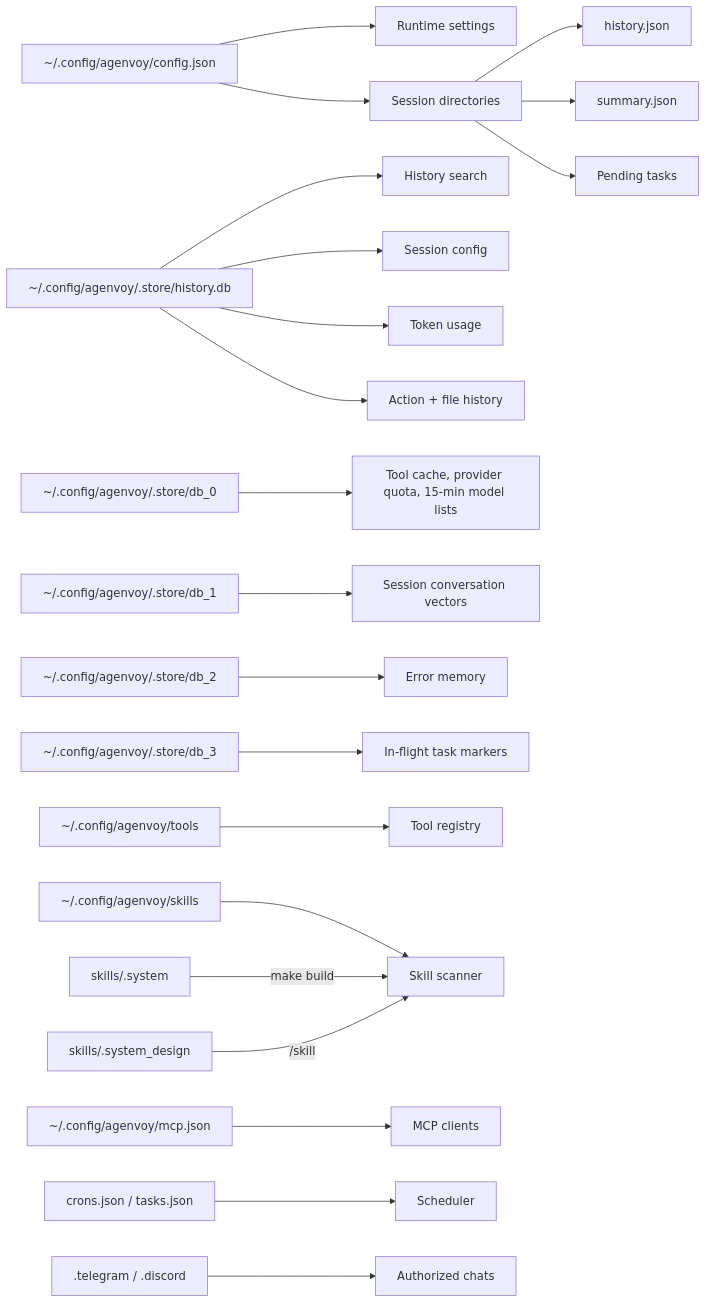
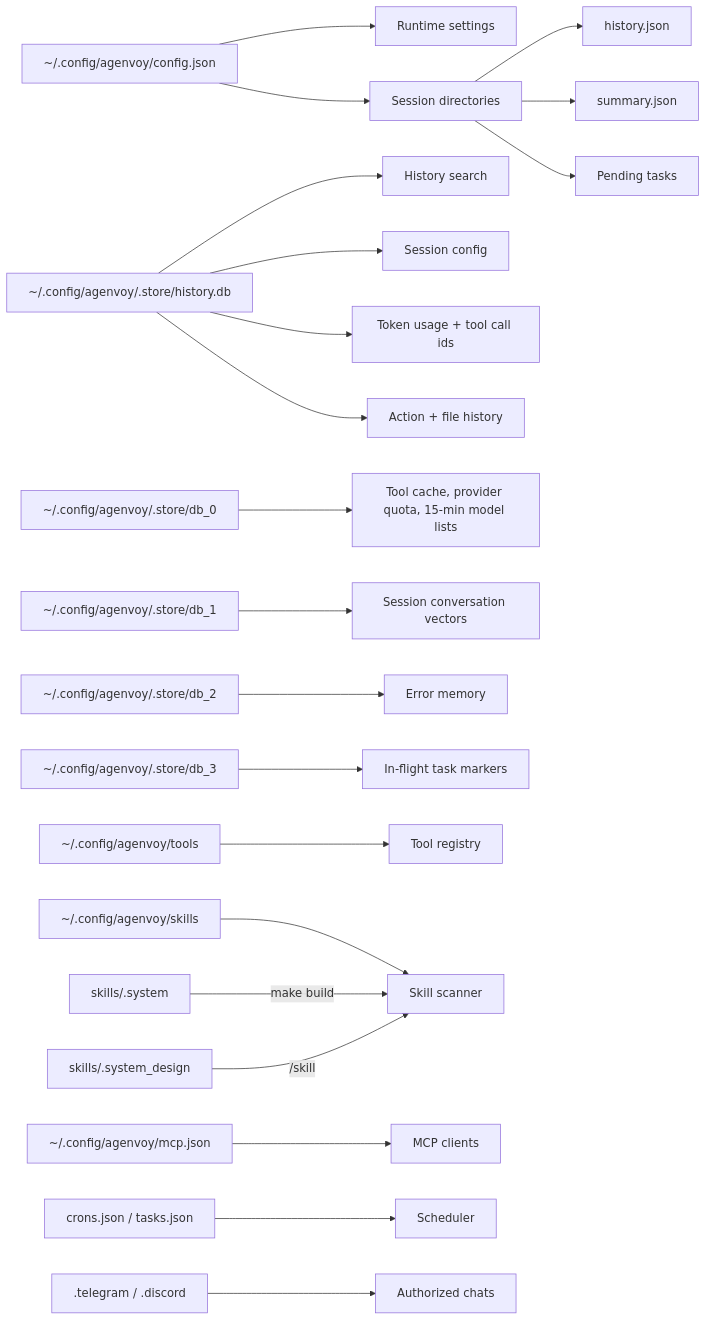
One commit to agenvoy/Agenvoy changed the ninth of 9 diagrams in doc/architecture.md. Above: the diagram before and after it, drawn with Mermaid. The commit also changed other lines of this file and 3 other files, not shown here.

Commit message:
doc: Document long-context provider ranking and tool schema cache behavior

````diff
--- a/doc/architecture.md
+++ b/doc/architecture.md
@@ -190,23 +190,23 @@
 ```mermaid
 flowchart LR
     Config[~/.config/agenvoy/config.json] --> Runtime[Runtime settings]
     Config --> Sessions[Session directories]
     Sessions --> History[history.json]
     Sessions --> Summary[summary.json]
     Sessions --> Pending[Pending tasks]
     SQLite[~/.config/agenvoy/.store/history.db] --> Search[History search]
     SQLite --> SessionConfig[Session config]
-    SQLite --> Usage[Token usage]
+    SQLite --> Usage[Token usage + tool call ids]
     SQLite --> ActionHistory[Action + file history]
     Torii0[~/.config/agenvoy/.store/db_0] --> ToolCache[Tool cache, provider quota, 15-min model lists]
     Torii1[~/.config/agenvoy/.store/db_1] --> SessionMemory[Session conversation vectors]
     Torii2[~/.config/agenvoy/.store/db_2] --> ErrorMemory[Error memory]
     Torii3[~/.config/agenvoy/.store/db_3] --> Online[In-flight task markers]
     Tools[~/.config/agenvoy/tools] --> Registry[Tool registry]
     Skills[~/.config/agenvoy/skills] --> Scanner[Skill scanner]
     SystemSkills[skills/.system] -->|make build| Scanner
     DesignSkills[skills/.system_design] -->|/skill| Scanner
     MCP[~/.config/agenvoy/mcp.json] --> MCPClient[MCP clients]
     Schedules[crons.json / tasks.json] --> Scheduler[Scheduler]
     Auth[.telegram / .discord] --> Channels[Authorized chats]
 ```
````
